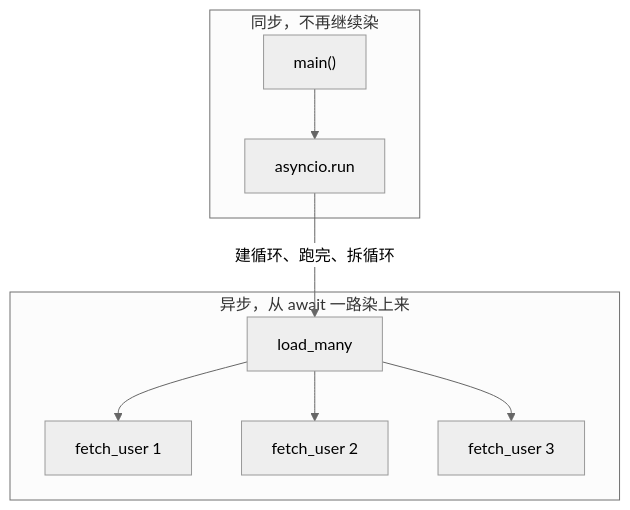
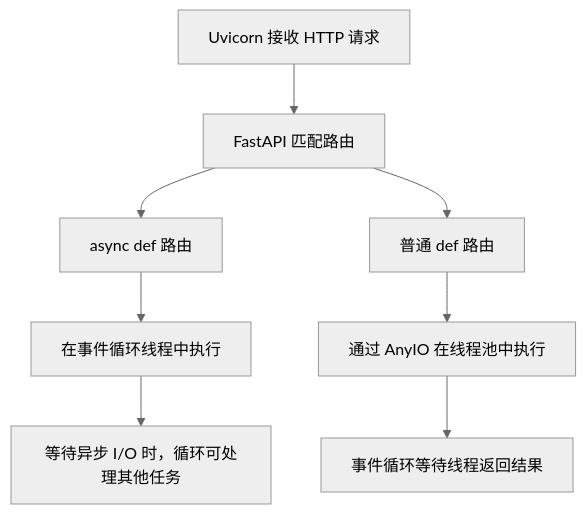
One commit to puppylpg/puppylpg.github.io changed the second of 2 diagrams in _posts/2026-09-04-python-gil-asyncio-await.md. Above: the diagram before and after it, drawn with Mermaid (neutral theme). The commit also changed other lines of this file, not shown here.

````diff
--- a/_posts/2026-09-04-python-gil-asyncio-await.md
+++ b/_posts/2026-09-04-python-gil-asyncio-await.md
@@ -374,20 +327,10 @@
 ```mermaid
-flowchart TB
-    subgraph syncWorld ["同步，不再继续染"]
-        MainNode["main()"]
-        RunNode["asyncio.run"]
-        MainNode --> RunNode
-    end
-
-    subgraph coroWorld ["异步，从 await 一路染上来"]
-        LoadNode["load_many"]
-        U1["fetch_user 1"]
-        U2["fetch_user 2"]
-        U3["fetch_user 3"]
-        LoadNode --> U1
-        LoadNode --> U2
-        LoadNode --> U3
-    end
-
-    RunNode -->|"建循环、跑完、拆循环"| LoadNode
+flowchart TD
+    U["Uvicorn 接收 HTTP 请求"] --> F["FastAPI 匹配路由"]
+    F --> A["async def 路由"]
+    F --> S["普通 def 路由"]
+    A --> E["在事件循环线程中执行"]
+    E --> W["等待异步 I/O 时，循环可处理其他任务"]
+    S --> T["通过 AnyIO 在线程池中执行"]
+    T --> R["事件循环等待线程返回结果"]
 ```
````
